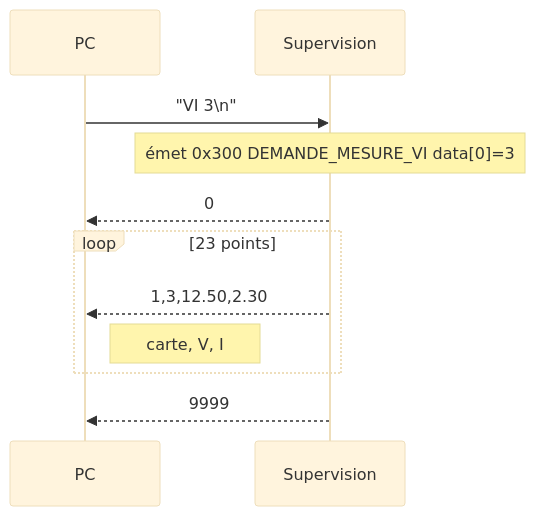
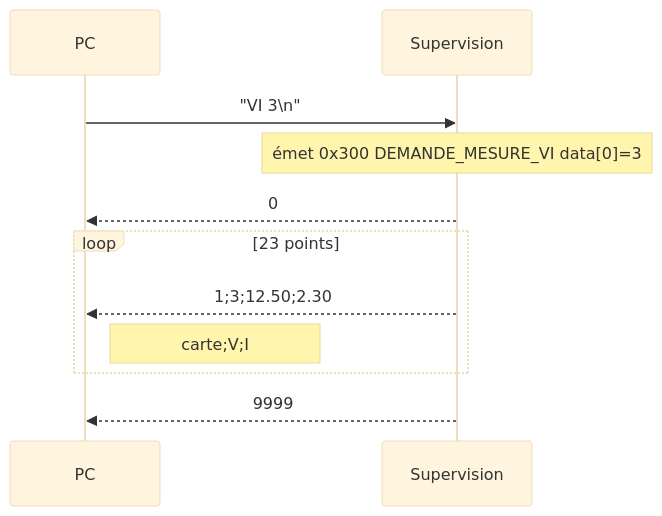
One commit to baptisteB00/Projet_LAOS changed the fourth of 8 diagrams in docs/serial_protocol.md. Above: the diagram before and after it, drawn with Mermaid (base theme). The commit also changed other lines of this file, not shown here.

Commit message:
fix : point-virgules dans diagrammes mermaid via entite #59;

````diff
--- a/docs/serial_protocol.md
+++ b/docs/serial_protocol.md
@@ -164,14 +164,14 @@
 ```mermaid
 sequenceDiagram
     participant PC
     participant SUP as Supervision
 
     PC->>SUP: "VI 3\n"
     Note over SUP: émet 0x300 DEMANDE_MESURE_VI data[0]=3
     SUP-->>PC: 0
     loop 23 points
-        SUP-->>PC: 1,3,12.50,2.30
-        Note right of PC: carte, V, I
+        SUP-->>PC: 1#59;3#59;12.50#59;2.30
+        Note right of PC: carte#59;V#59;I
     end
     SUP-->>PC: 9999
 ```
````
